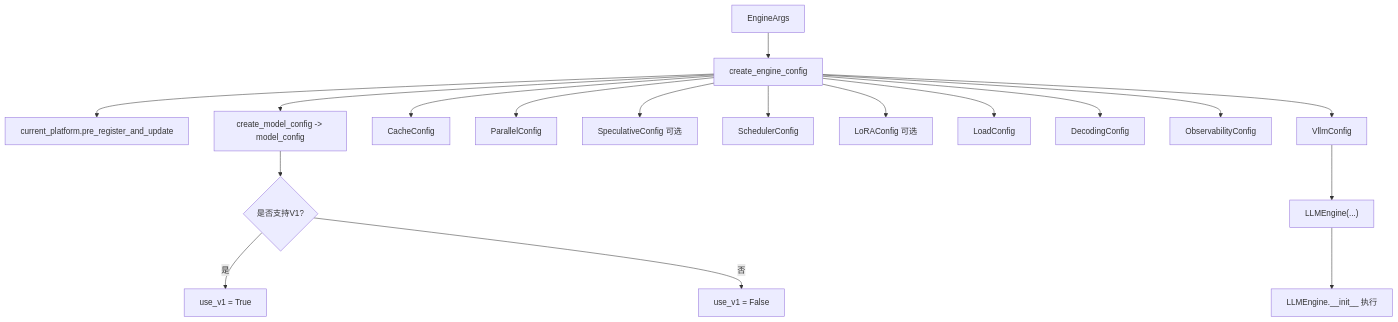
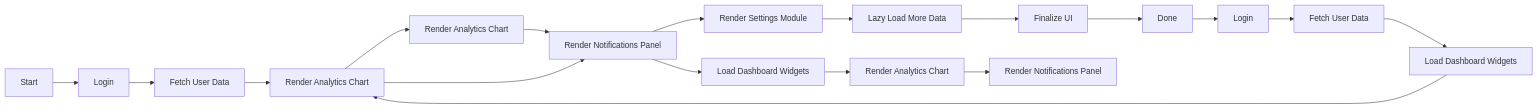
One commit to lxy-alexander/blog changed the diagram in src/content/posts/vllm/LLMEngine on vLLM.md. Above: the diagram before and after it, drawn with Mermaid. The commit also changed other lines of this file and 11 other files, not shown here.

````diff
--- a/src/content/posts/vllm/LLMEngine on vLLM.md
+++ b/src/content/posts/vllm/LLMEngine on vLLM.md
@@ -14,24 +14,22 @@
 ```mermaid
-flowchart TD
-    A[EngineArgs] --> B[create_engine_config]
-    B --> P[current_platform.pre_register_and_update]
-
-    B --> C[create_model_config -> model_config]
-    C --> D{是否支持V1?}
-    D -->|是| E[use_v1 = True]
-    D -->|否| F[use_v1 = False]
-
-    B --> G[CacheConfig]
-    B --> H[ParallelConfig]
-    B --> I[SpeculativeConfig 可选]
-    B --> J[SchedulerConfig]
-    B --> K[LoRAConfig 可选]
-    B --> L[LoadConfig]
-    B --> M[DecodingConfig]
-    B --> N[ObservabilityConfig]
-
-    B --> O[VllmConfig]
-    O --> Q["LLMEngine(...)"]
-    Q --> R[LLMEngine.__init__ 执行]
+flowchart LR
+  A[Start]
+  --> B[Login]
+  --> C[Fetch User Data]
+  --> D[Load Dashboard Widgets]
+  --> E[Render Analytics Chart]
+  --> F[Render Notifications Panel]
+  --> G[Render Settings Module]
+  --> H[Lazy Load More Data]
+  --> I[Finalize UI]
+  --> J[Done]
+  --> K[Login]
+  --> M[Fetch User Data]
+  --> N[Load Dashboard Widgets]
+  --> D[Render Analytics Chart]
+  --> F[Render Notifications Panel]
+  --> X[Load Dashboard Widgets]
+  --> Y[Render Analytics Chart]
+  --> Z[Render Notifications Panel]
 
 ```
````
